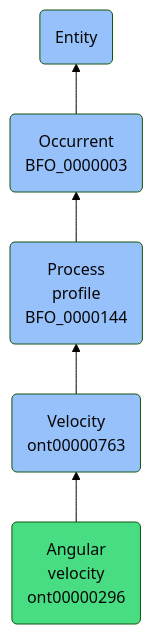
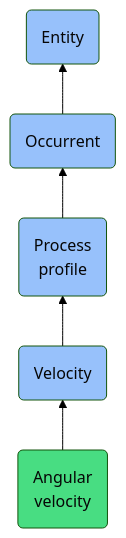
One commit to jupyter-naas/abi changed the diagram in docs/ontology/reference/model/Entity/Occurrent/Process profile/Velocity/Angular velocity/Angular velocity.md. Above: the diagram before and after it, drawn with Mermaid (forest theme). The commit also changed other lines of this file and 1430 other files, not shown here.

````diff
--- a/docs/ontology/reference/model/Entity/Occurrent/Process profile/Velocity/Angular velocity/Angular velocity.md
+++ b/docs/ontology/reference/model/Entity/Occurrent/Process profile/Velocity/Angular velocity/Angular velocity.md
@@ -24,12 +24,12 @@
 ```mermaid
 graph BT
-    ont00000296(Angular<br>velocity<br>ont00000296):::ABI-->ont00000763
-    ont00000763(Velocity<br>ont00000763):::BFO-->BFO_0000144
-    BFO_0000144(Process<br>profile<br>BFO_0000144):::BFO-->BFO_0000003
-    BFO_0000003(Occurrent<br>BFO_0000003):::BFO-->BFO_0000001
+    ont00000296(Angular<br>velocity):::ABI-->ont00000763
+    ont00000763(Velocity):::BFO-->BFO_0000144
+    BFO_0000144(Process<br>profile):::BFO-->BFO_0000003
+    BFO_0000003(Occurrent):::BFO-->BFO_0000001
     BFO_0000001(Entity):::BFO
     
     classDef BFO fill:#97c1fb,color:#060606
     classDef CCO fill:#e4c51e,color:#060606
     classDef ABI fill:#48DD82,color:#060606
 ```
````
